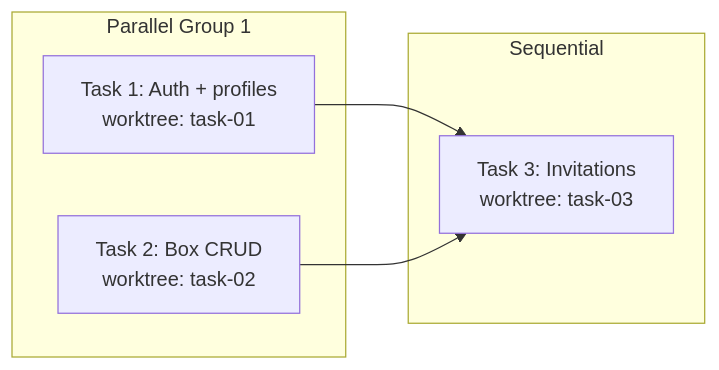
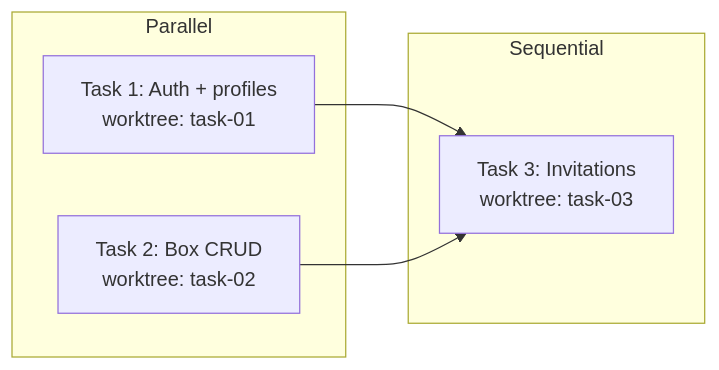
Before and after one commit to dfrysinger/qrspi-plus: the ninth of 19 diagrams in README.md, drawn with Mermaid. The commit also changed other lines of this file and 9 other files, not shown here.

````diff
--- a/README.md
+++ b/README.md
@@ -230,12 +204,12 @@
 ```mermaid
 flowchart LR
-    subgraph parallel1["Parallel Group 1"]
-        T1[Task 1: Auth + profiles\nworktree: task-01]
-        T2[Task 2: Box CRUD\nworktree: task-02]
+    subgraph parallel1["Parallel"]
+        T1[Task 1: Auth + profiles<br>worktree: task-01]
+        T2[Task 2: Box CRUD<br>worktree: task-02]
     end
     subgraph sequential["Sequential"]
-        T3[Task 3: Invitations\nworktree: task-03]
+        T3[Task 3: Invitations<br>worktree: task-03]
     end
     T1 --> T3
     T2 --> T3
 ```
````
